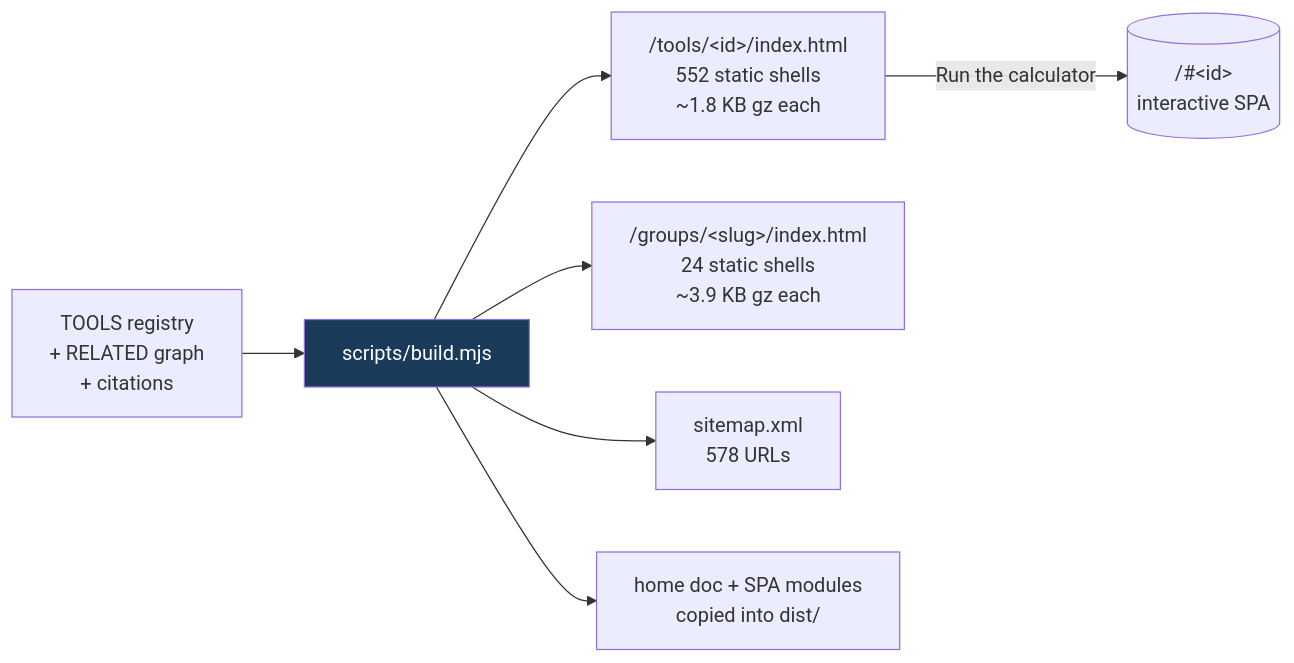
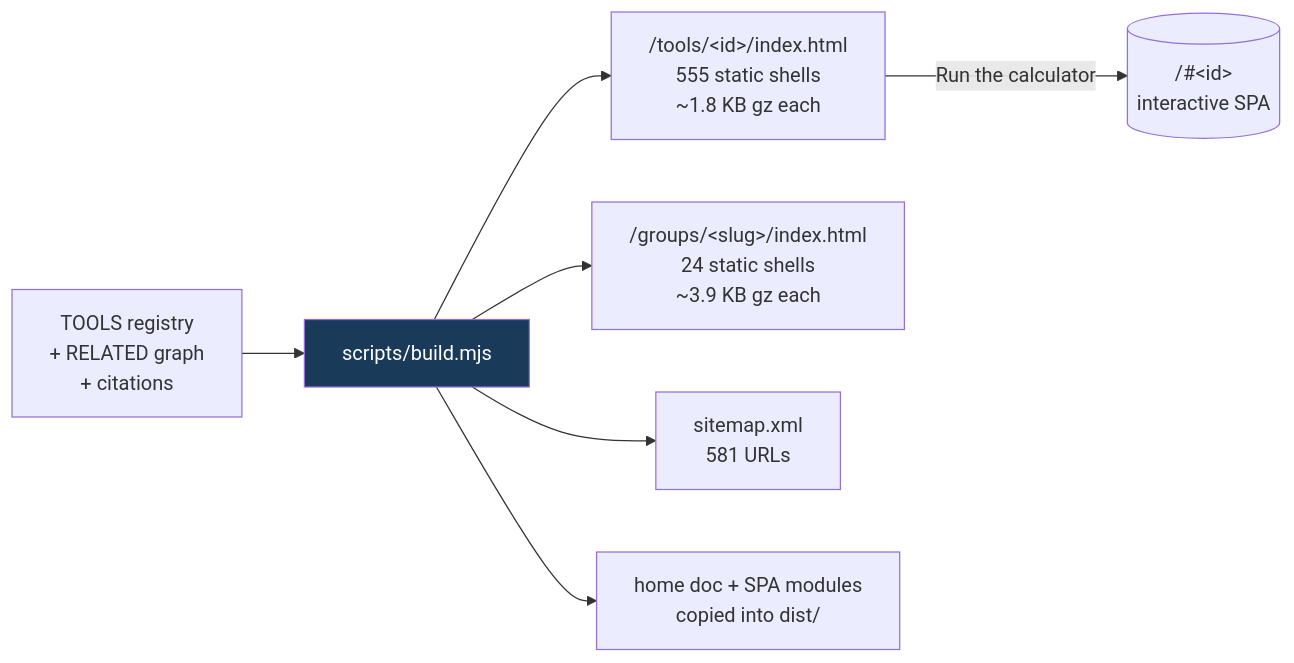
The third of 6 diagrams in README.md (clay-good/roughlogic.com), drawn with Mermaid before and after one commit. The commit also changed other lines of this file and 20 other files, not shown here.

````diff
--- a/README.md
+++ b/README.md
@@ -236,10 +236,10 @@
 ```mermaid
 flowchart LR
     SRC[TOOLS registry\n+ RELATED graph\n+ citations] --> BUILD[scripts/build.mjs]
-    BUILD --> TILE["/tools/&lt;id&gt;/index.html\n552 static shells\n~1.8 KB gz each"]
+    BUILD --> TILE["/tools/&lt;id&gt;/index.html\n555 static shells\n~1.8 KB gz each"]
     BUILD --> GROUP["/groups/&lt;slug&gt;/index.html\n24 static shells\n~3.9 KB gz each"]
-    BUILD --> MAP["sitemap.xml\n578 URLs"]
+    BUILD --> MAP["sitemap.xml\n581 URLs"]
     BUILD --> COPY[home doc + SPA modules\ncopied into dist/]
     TILE -->|Run the calculator| SPA[("/#&lt;id&gt;\ninteractive SPA")]
     style BUILD fill:#1a3a5a,color:#fff
 ```
````
